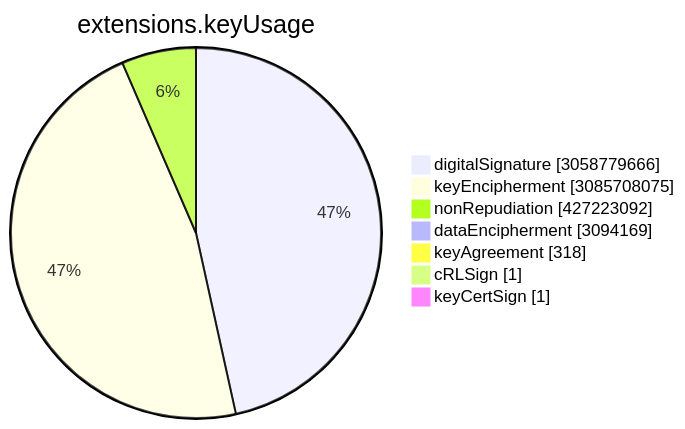
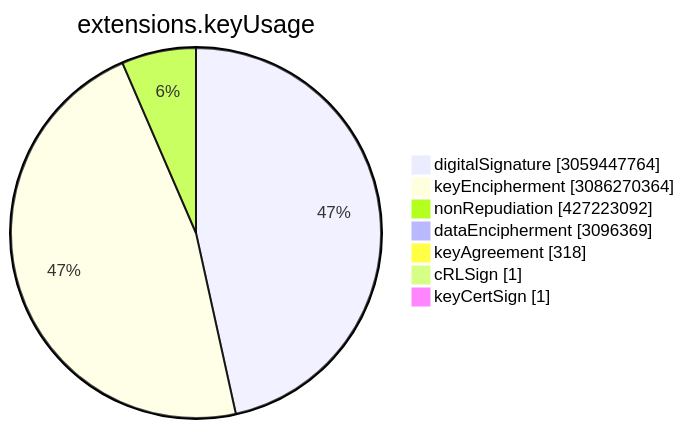
The sixth of 15 diagrams in TOTAL/README.md (christiankrug/ctmonitor_visualization), drawn with Mermaid before and after one commit. The commit also changed other lines of this file, not shown here.

````diff
--- a/TOTAL/README.md
+++ b/TOTAL/README.md
@@ -3075,11 +3075,11 @@
 ```mermaid
 pie showData
 title extensions.keyUsage
-"digitalSignature" :3058779666
-"keyEncipherment" :3085708075
+"digitalSignature" :3059447764
+"keyEncipherment" :3086270364
 "nonRepudiation" :427223092
-"dataEncipherment" :3094169
+"dataEncipherment" :3096369
 "keyAgreement" :318
 "cRLSign" :1
 "keyCertSign" :1
 ```
````
